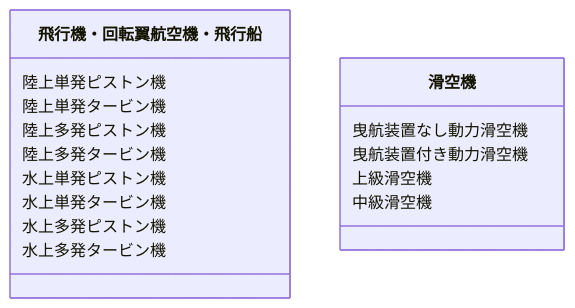
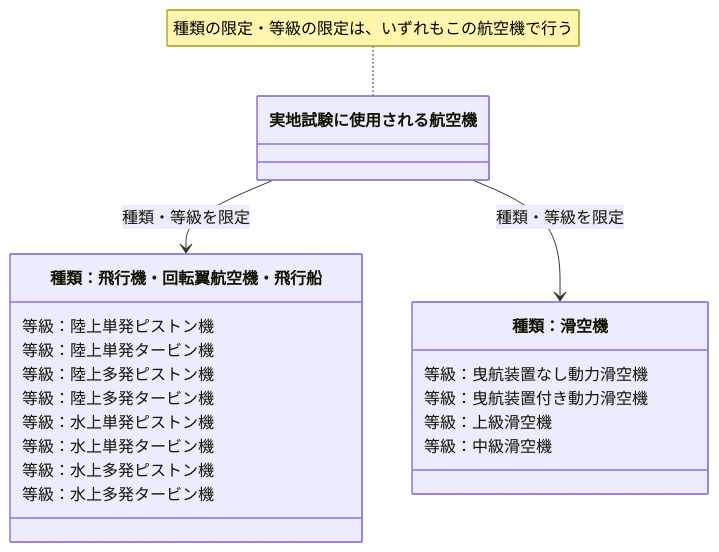
One commit to yonemotoBB/pil changed the fifth of 17 diagrams in chapters/04_第四章.md. Above: the diagram before and after it, drawn with Mermaid. The commit also changed other lines of this file, not shown here.

Commit message:
第四章 施行規則53条の図に種類・等級の限定と実地試験機による決定を明示

````diff
--- a/chapters/04_第四章.md
+++ b/chapters/04_第四章.md
@@ -207,17 +160,21 @@
 ```mermaid
 classDiagram
-    class c1["飛行機・回転翼航空機・飛行船"]
-    c1 : 陸上単発ピストン機
-    c1 : 陸上単発タービン機
-    c1 : 陸上多発ピストン機
-    c1 : 陸上多発タービン機
-    c1 : 水上単発ピストン機
-    c1 : 水上単発タービン機
-    c1 : 水上多発ピストン機
-    c1 : 水上多発タービン機
-    class c2["滑空機"]
-    c2 : 曳航装置なし動力滑空機
-    c2 : 曳航装置付き動力滑空機
-    c2 : 上級滑空機
-    c2 : 中級滑空機
+    note for src "種類の限定・等級の限定は、いずれもこの航空機で行う"
+    class src["実地試験に使用される航空機"]
+    class c1["種類：飛行機・回転翼航空機・飛行船"]
+    c1 : 等級：陸上単発ピストン機
+    c1 : 等級：陸上単発タービン機
+    c1 : 等級：陸上多発ピストン機
+    c1 : 等級：陸上多発タービン機
+    c1 : 等級：水上単発ピストン機
+    c1 : 等級：水上単発タービン機
+    c1 : 等級：水上多発ピストン機
+    c1 : 等級：水上多発タービン機
+    class c2["種類：滑空機"]
+    c2 : 等級：曳航装置なし動力滑空機
+    c2 : 等級：曳航装置付き動力滑空機
+    c2 : 等級：上級滑空機
+    c2 : 等級：中級滑空機
+    src --> c1 : 種類・等級を限定
+    src --> c2 : 種類・等級を限定
 ```
````
